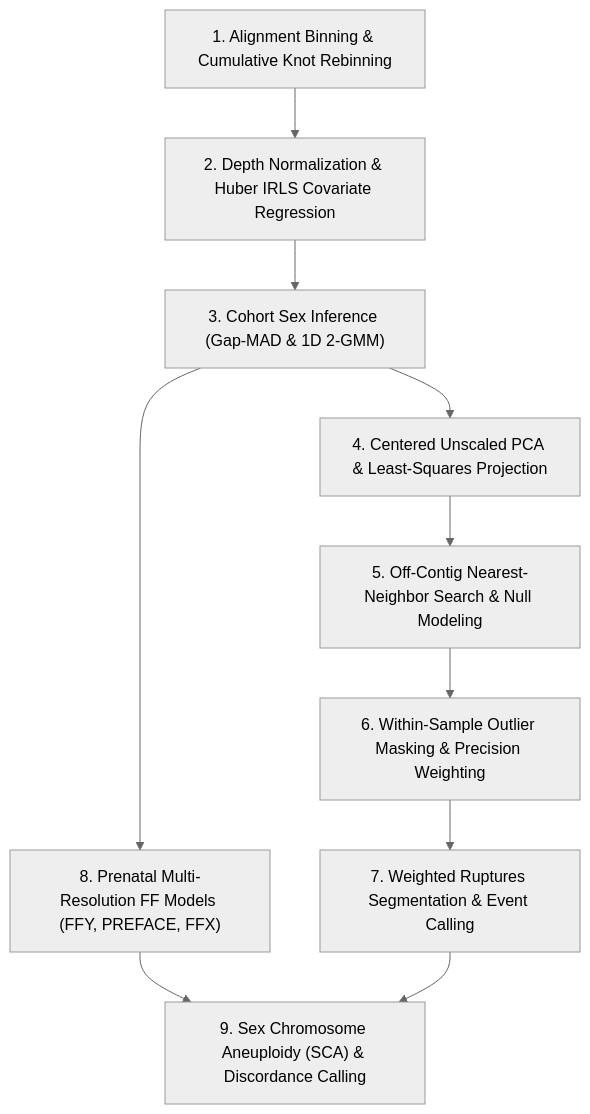
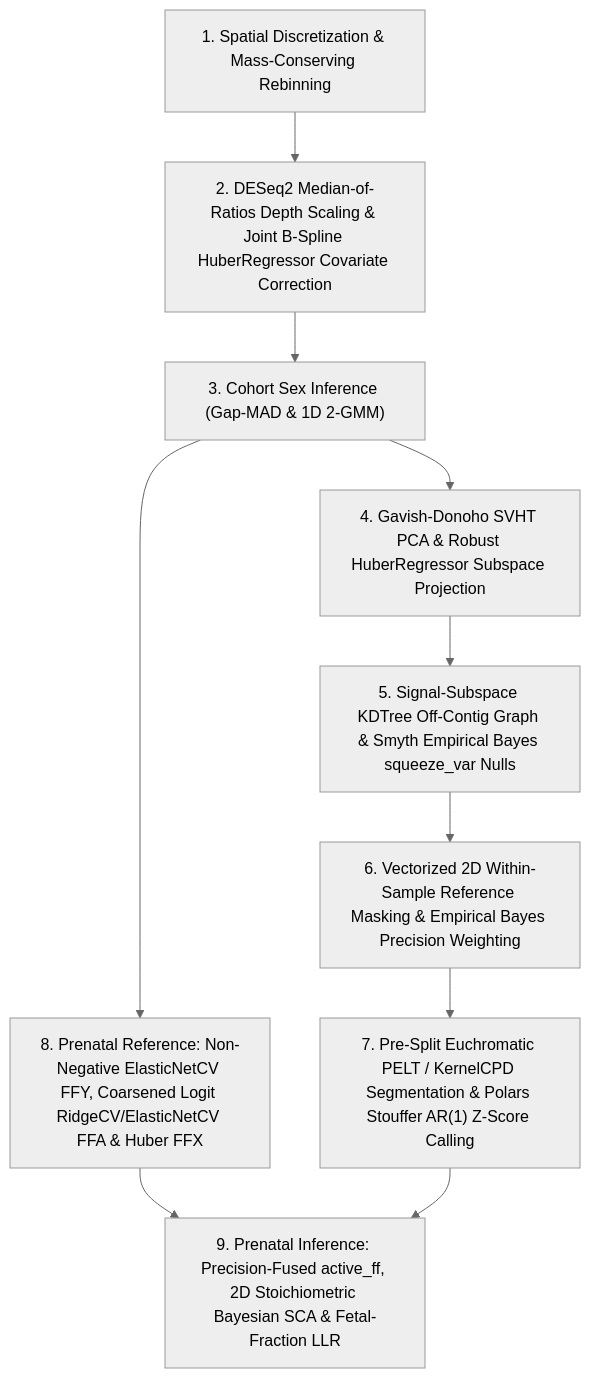
Before and after one commit to matthdsm/ccnv: the diagram in docs/methodology.md, drawn with Mermaid (neutral theme). The commit also changed other lines of this file and 47 other files, not shown here.

First line of the commit message:
feat: biostatistical soundness, scikit-learn models, Polars rebinning, and methodology overhaul (F1-F12) (#10)

````diff
--- a/docs/methodology.md
+++ b/docs/methodology.md
@@ -14,12 +14,12 @@
 ```mermaid
 flowchart TD
-    S1["1. Alignment Binning & Cumulative Knot Rebinning"] --> S2["2. Depth Normalization & Huber IRLS Covariate Regression"]
+    S1["1. Spatial Discretization & Mass-Conserving Rebinning"] --> S2["2. DESeq2 Median-of-Ratios Depth Scaling & Joint B-Spline HuberRegressor Covariate Correction"]
     S2 --> S3["3. Cohort Sex Inference (Gap-MAD & 1D 2-GMM)"]
-    S3 --> S4["4. Centered Unscaled PCA & Least-Squares Projection"]
-    S4 --> S5["5. Off-Contig Nearest-Neighbor Search & Null Modeling"]
-    S5 --> S6["6. Within-Sample Outlier Masking & Precision Weighting"]
-    S6 --> S7["7. Weighted Ruptures Segmentation & Event Calling"]
-    S3 --> S8["8. Prenatal Multi-Resolution FF Models (FFY, PREFACE, FFX)"]
-    S8 --> S9["9. Sex Chromosome Aneuploidy (SCA) & Discordance Calling"]
+    S3 --> S4["4. Gavish-Donoho SVHT PCA & Robust HuberRegressor Subspace Projection"]
+    S4 --> S5["5. Signal-Subspace KDTree Off-Contig Graph & Smyth Empirical Bayes squeeze_var Nulls"]
+    S5 --> S6["6. Vectorized 2D Within-Sample Reference Masking & Empirical Bayes Precision Weighting"]
+    S6 --> S7["7. Pre-Split Euchromatic PELT / KernelCPD Segmentation & Polars Stouffer AR(1) Z-Score Calling"]
+    S3 --> S8["8. Prenatal Reference: Non-Negative ElasticNetCV FFY, Coarsened Logit RidgeCV/ElasticNetCV FFA & Huber FFX"]
+    S8 --> S9["9. Prenatal Inference: Precision-Fused active_ff, 2D Stoichiometric Bayesian SCA & Fetal-Fraction LLR"]
     S7 --> S9
 ```
````
